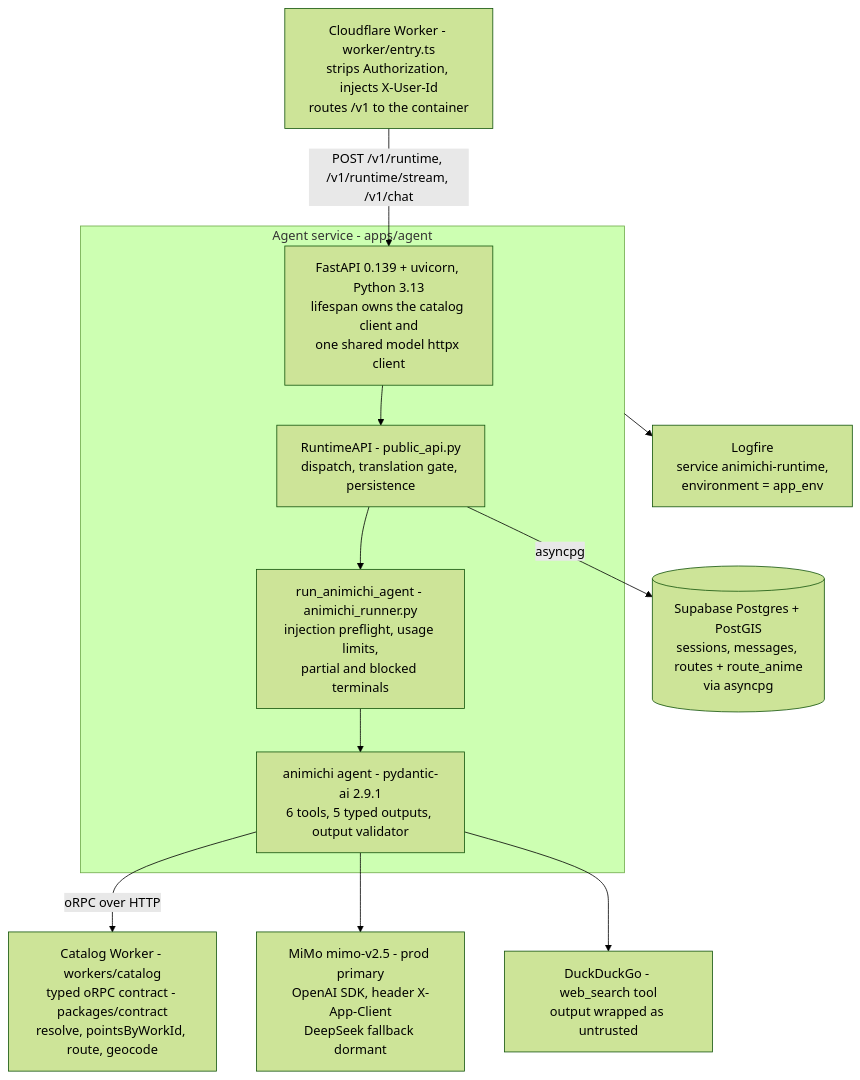
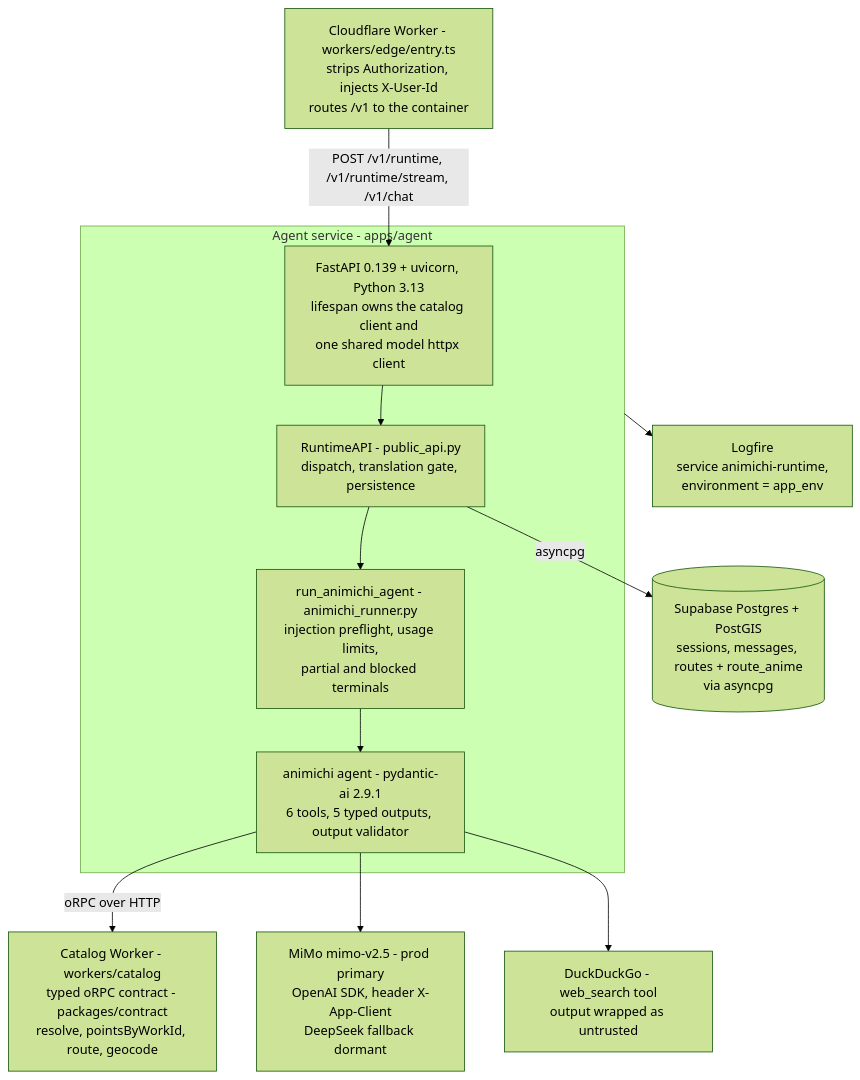
The first of 5 diagrams in docs/architecture-diagrams.md (lifeodyssey/animichi), drawn with Mermaid (forest theme) before and after one commit. The commit also changed 160 other files, not shown here.

First line of the commit message:
refactor(edge): move the edge worker into its owning package

````diff
--- a/docs/architecture-diagrams.md
+++ b/docs/architecture-diagrams.md
@@ -20,25 +20,25 @@
 ```mermaid
 flowchart TD
-    EDGE["Cloudflare Worker - worker/entry.ts<br/>strips Authorization, injects X-User-Id<br/>routes /v1 to the container"]
+    EDGE["Cloudflare Worker - workers/edge/entry.ts<br/>strips Authorization, injects X-User-Id<br/>routes /v1 to the container"]
 
     subgraph AGENT["Agent service - apps/agent"]
         API["FastAPI 0.139 + uvicorn, Python 3.13<br/>lifespan owns the catalog client and<br/>one shared model httpx client"]
         RUNTIME["RuntimeAPI - public_api.py<br/>dispatch, translation gate, persistence"]
         RUNNER["run_animichi_agent - animichi_runner.py<br/>injection preflight, usage limits,<br/>partial and blocked terminals"]
         PAI["animichi agent - pydantic-ai 2.9.1<br/>6 tools, 5 typed outputs, output validator"]
     end
 
     CAT["Catalog Worker - workers/catalog<br/>typed oRPC contract - packages/contract<br/>resolve, pointsByWorkId, route, geocode"]
     PG[("Supabase Postgres + PostGIS<br/>sessions, messages, routes + route_anime<br/>via asyncpg")]
     LLM["MiMo mimo-v2.5 - prod primary<br/>OpenAI SDK, header X-App-Client<br/>DeepSeek fallback dormant"]
     DDG["DuckDuckGo - web_search tool<br/>output wrapped as untrusted"]
     OBS["Logfire<br/>service animichi-runtime,<br/>environment = app_env"]
 
     EDGE -->|"POST /v1/runtime, /v1/runtime/stream, /v1/chat"| API
     API --> RUNTIME --> RUNNER --> PAI
     PAI -->|"oRPC over HTTP"| CAT
     RUNTIME -->|asyncpg| PG
     PAI --> LLM
     PAI --> DDG
     AGENT --> OBS
 ```
````
